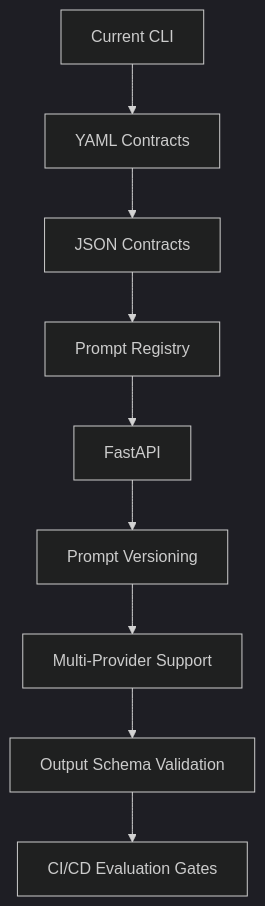
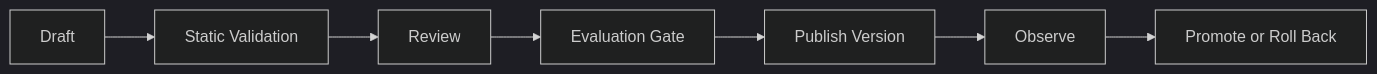
One commit to mzaid-dev/Bro_to_FAANG-exe changed the fifth of 5 diagrams in 1_Bro_Became_AI_Engineer/01_Daily_Learning/Week_01/02_Prompt_Contracts/Project/prompt-contract-lab/docs/PROMPT_CONTRACT_LAB_PROJECT_NOTE.md. Above: the diagram before and after it, drawn with Mermaid (dark theme). The commit also changed other lines of this file and 1 other file, not shown here.

Commit message:
docs(prompt-contract-lab): polish README and project documentation

````diff
--- a/1_Bro_Became_AI_Engineer/01_Daily_Learning/Week_01/02_Prompt_Contracts/Project/prompt-contract-lab/docs/PROMPT_CONTRACT_LAB_PROJECT_NOTE.md
+++ b/1_Bro_Became_AI_Engineer/01_Daily_Learning/Week_01/02_Prompt_Contracts/Project/prompt-contract-lab/docs/PROMPT_CONTRACT_LAB_PROJECT_NOTE.md
@@ -1219,11 +624,9 @@
 ```mermaid
-flowchart TD
-    A["Current CLI"] --> B["YAML Contracts"]
-    B --> C["JSON Contracts"]
-    C --> D["Prompt Registry"]
-    D --> E["FastAPI"]
-    E --> F["Prompt Versioning"]
-    F --> G["Multi-Provider Support"]
-    G --> H["Output Schema Validation"]
-    H --> I["CI/CD Evaluation Gates"]
+flowchart LR
+    A["Draft"] --> B["Static Validation"]
+    B --> C["Review"]
+    C --> D["Evaluation Gate"]
+    D --> E["Publish Version"]
+    E --> F["Observe"]
+    F --> G["Promote or Roll Back"]
 ```
````
